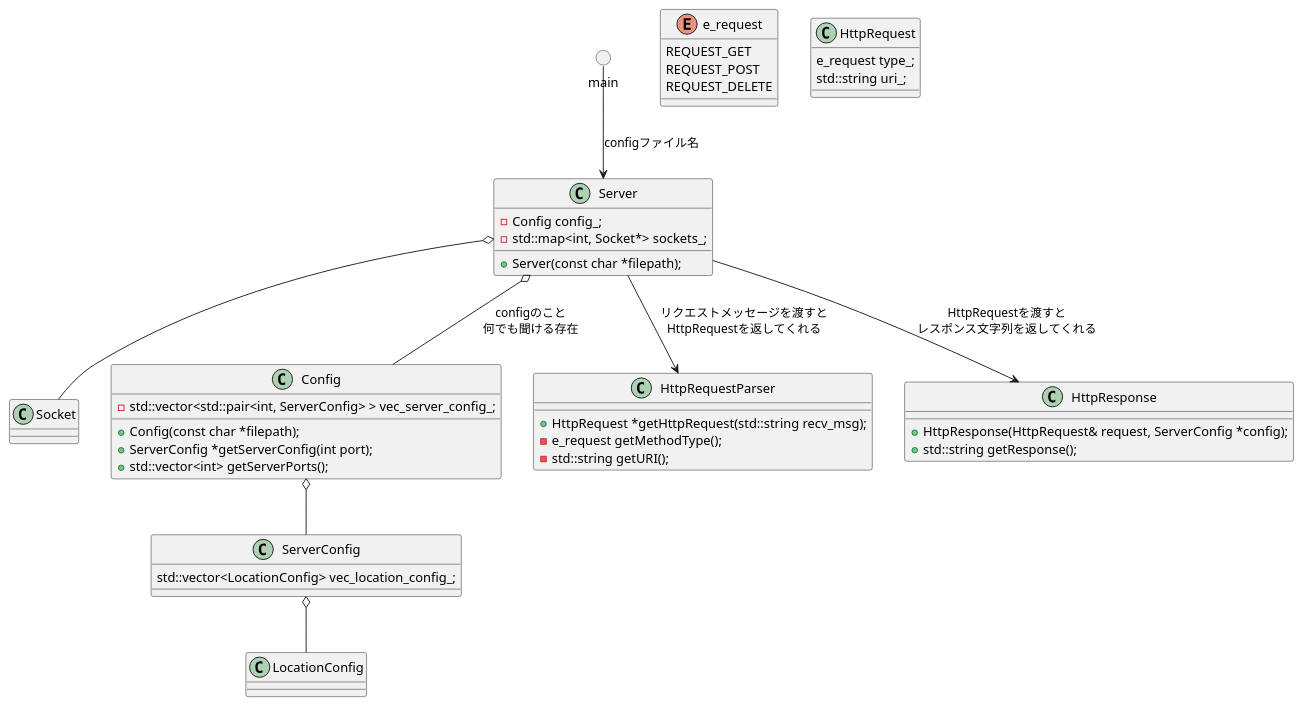
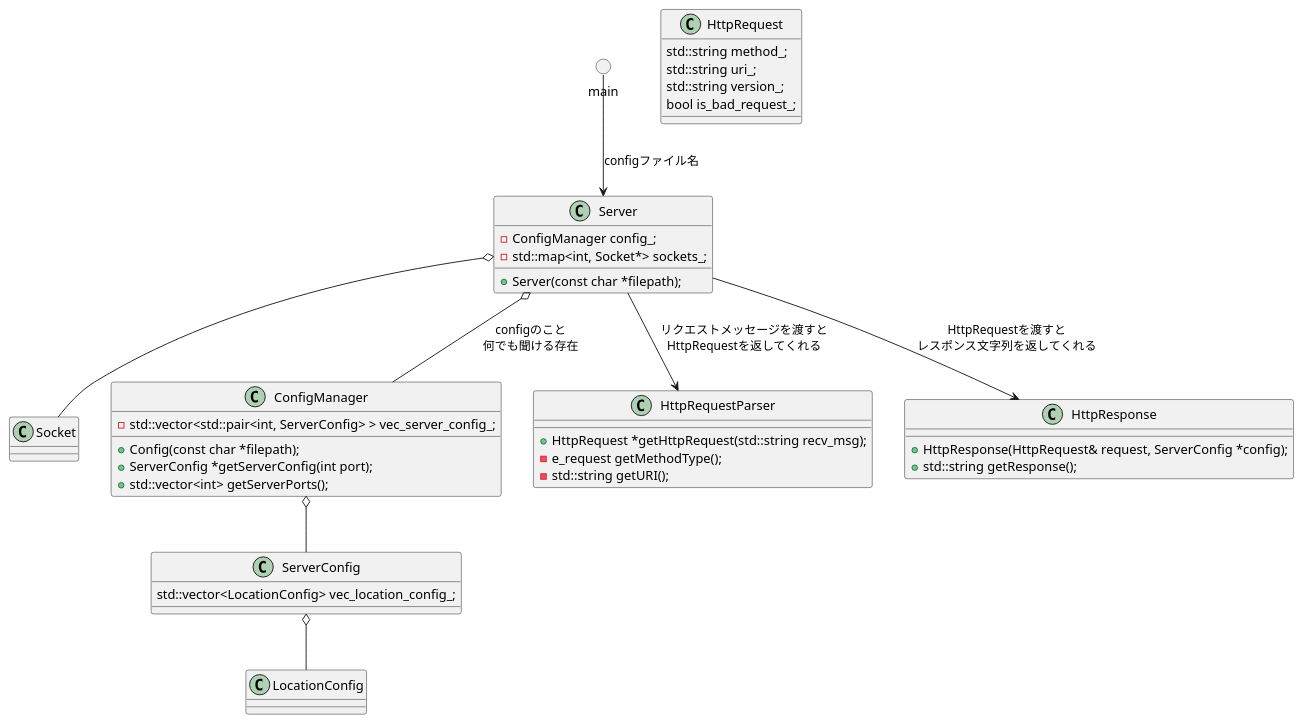
Before and after one commit to takashi247/webserv: the diagram in srcs/server/class_server.pu, drawn with PlantUML. The commit also changed 6 other files, not shown here.

```diff
--- a/srcs/server/class_server.pu
+++ b/srcs/server/class_server.pu
@@ -1,68 +1,61 @@
 @startuml
 
 circle          main
 
 class Server
-
-enum	e_request
 {
-	REQUEST_GET
-	REQUEST_POST
-	REQUEST_DELETE
-}
-
-class Server
-{
-	- Config config_;
+	- ConfigManager config_;
 	- std::map<int, Socket*> sockets_;
 	+ Server(const char *filepath);
 }
 class Socket
 {
 
 }
-class Config
+class ConfigManager
 {
 	- std::vector<std::pair<int, ServerConfig> > vec_server_config_;
 	+ Config(const char *filepath);
 	+ ServerConfig *getServerConfig(int port);
 	+ std::vector<int> getServerPorts();
 
 }
 class ServerConfig
 {
 	std::vector<LocationConfig> vec_location_config_;
 }
 class LocationConfig
 {
 
 }
 class	HttpRequest
 {
-	e_request type_;
+	std::string method_;
 	std::string uri_;
+	std::string version_;
+	bool is_bad_request_;
 }
 class	HttpRequestParser
 {
 	+ HttpRequest *getHttpRequest(std::string recv_msg);
 	- e_request getMethodType();
 	- std::string getURI();
 }
 
 class	HttpResponse
 {
 	+ HttpResponse(HttpRequest& request, ServerConfig *config);
 	+ std::string getResponse();
 }
 
 
 main --> Server : configファイル名
-Server o-- Config : configのこと\n何でも聞ける存在
+Server o-- ConfigManager : configのこと\n何でも聞ける存在
 Server o-- Socket
 Server --> HttpRequestParser : リクエストメッセージを渡すと\nHttpRequestを返してくれる
-Config o-- ServerConfig
+ConfigManager o-- ServerConfig
 ServerConfig o-- LocationConfig
 Server --> HttpResponse : HttpRequestを渡すと\nレスポンス文字列を返してくれる
 
 
 @enduml
```
